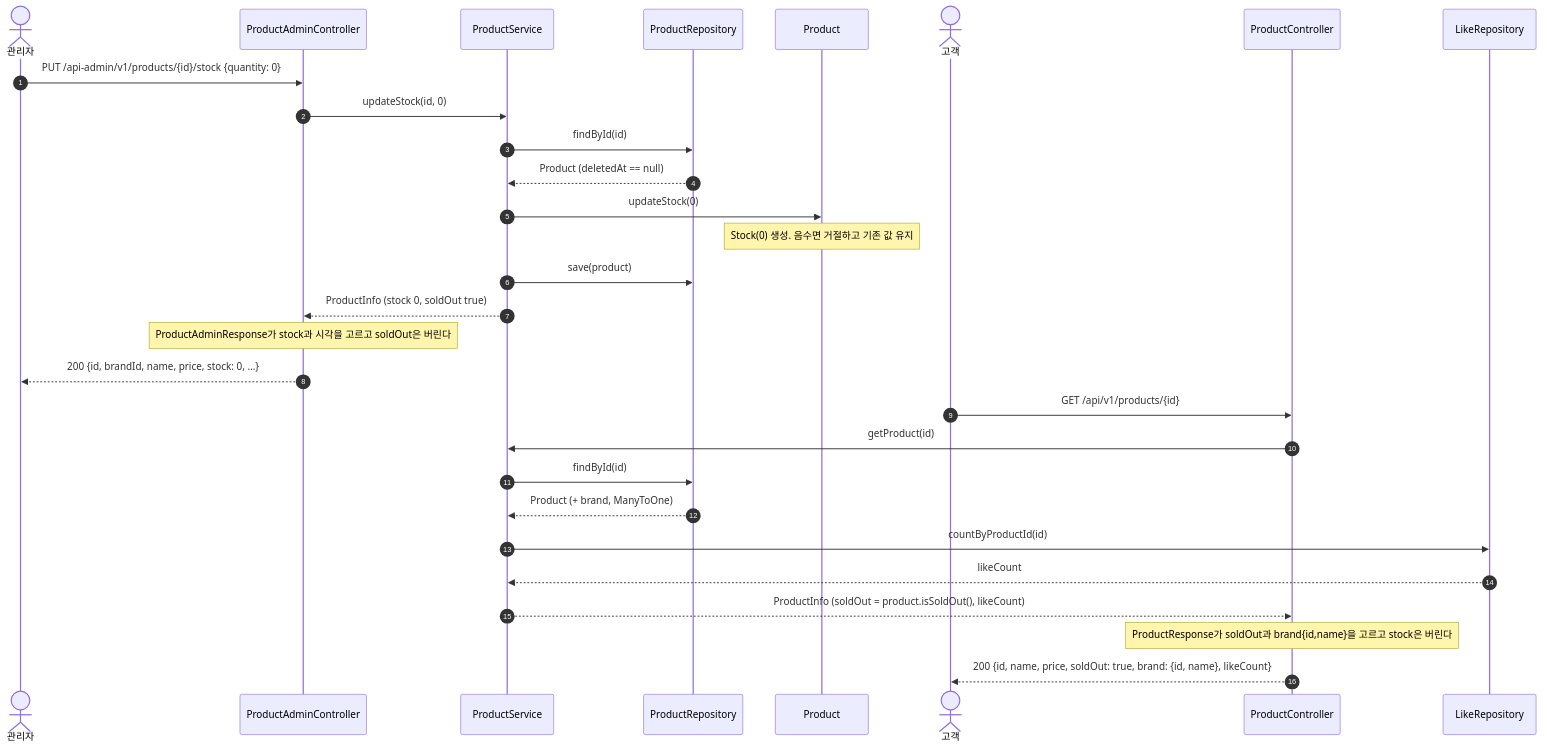
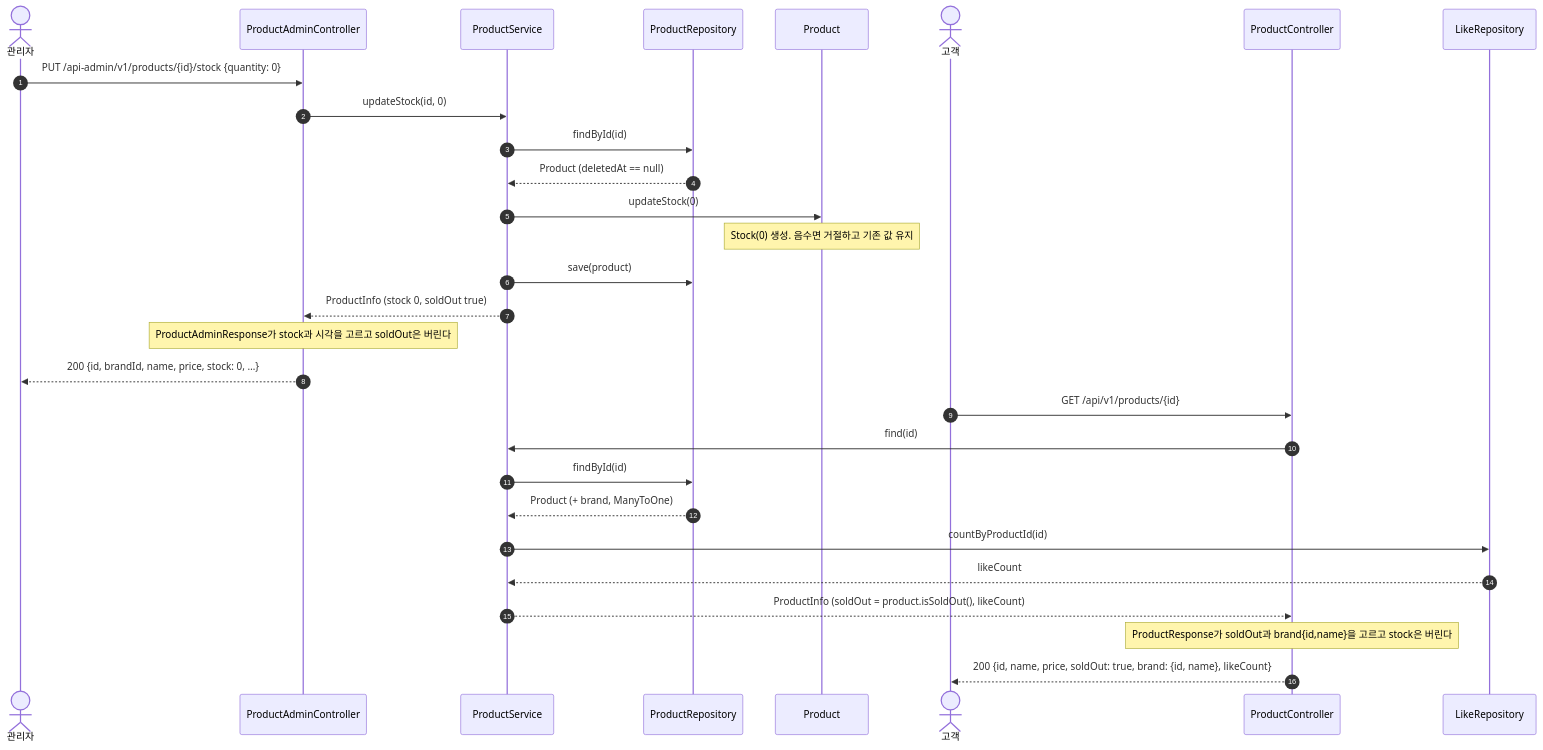
The third of 3 diagrams in docs/design/catalog.md (giwankim/loop-pack-be-l2-vol5-kotlin), drawn with Mermaid before and after one commit. The commit also changed other lines of this file and 1 other file, not shown here.

Commit message:
docs(catalog): add Stock.isEmpty to the class diagram and fix the customer lookup name in the sequence diagram
- class diagram lists +isEmpty() Boolean on Stock, matching the domain doc and the code
- sequence diagram calls ProductService.find(id), not the stale getProduct(id)
- domain doc notes that Product.isSoldOut delegates to stock.isEmpty()

````diff
--- a/docs/design/catalog.md
+++ b/docs/design/catalog.md
@@ -127,33 +128,33 @@
 ```mermaid
 sequenceDiagram
     autonumber
     actor Admin as 관리자
     participant AC as ProductAdminController
     participant PF as ProductService
     participant PR as ProductRepository
     participant P as Product
     actor Customer as 고객
     participant CC as ProductController
     participant LR as LikeRepository
 
     Admin->>AC: PUT /api-admin/v1/products/{id}/stock {quantity: 0}
     AC->>PF: updateStock(id, 0)
     PF->>PR: findById(id)
     PR-->>PF: Product (deletedAt == null)
     PF->>P: updateStock(0)
     Note over P: Stock(0) 생성. 음수면 거절하고 기존 값 유지
     PF->>PR: save(product)
     PF-->>AC: ProductInfo (stock 0, soldOut true)
     Note over AC: ProductAdminResponse가 stock과 시각을 고르고 soldOut은 버린다
     AC-->>Admin: 200 {id, brandId, name, price, stock: 0, …}
 
     Customer->>CC: GET /api/v1/products/{id}
-    CC->>PF: getProduct(id)
+    CC->>PF: find(id)
     PF->>PR: findById(id)
     PR-->>PF: Product (+ brand, ManyToOne)
     PF->>LR: countByProductId(id)
     LR-->>PF: likeCount
     PF-->>CC: ProductInfo (soldOut = product.isSoldOut(), likeCount)
     Note over CC: ProductResponse가 soldOut과 brand{id,name}을 고르고 stock은 버린다
     CC-->>Customer: 200 {id, name, price, soldOut: true, brand: {id, name}, likeCount}
 ```
````
